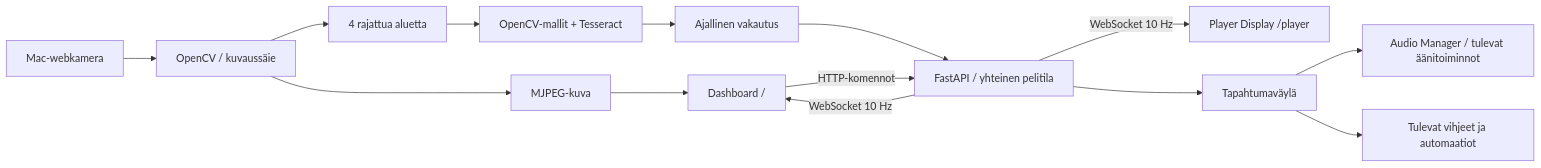
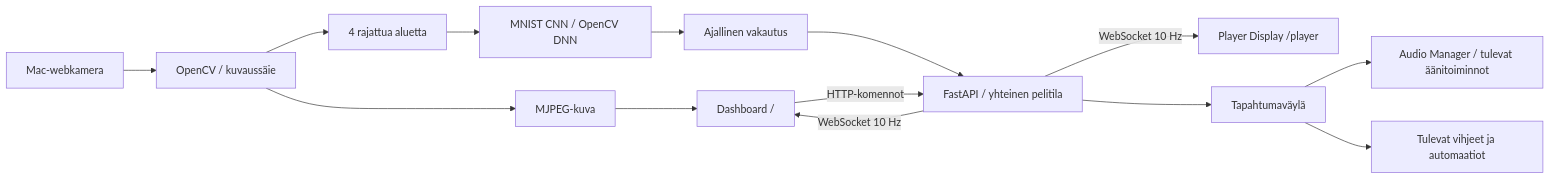
The diagram in docs/ARCHITECTURE.md (Onzkuz10/escape-room-control-system), drawn with Mermaid before and after one commit. The commit also changed other lines of this file and 24 other files, not shown here.

Commit message:
Replace Tesseract with handwritten digit recognition

````diff
--- a/docs/ARCHITECTURE.md
+++ b/docs/ARCHITECTURE.md
@@ -13,16 +13,16 @@
 ```mermaid
 flowchart LR
   Camera[Mac-webkamera] --> Capture[OpenCV / kuvaussäie]
   Capture --> MJPEG[MJPEG-kuva]
   MJPEG --> Dashboard[Dashboard /]
   Capture --> ROI[4 rajattua aluetta]
-  ROI --> Recognition[OpenCV-mallit + Tesseract]
+  ROI --> Recognition[MNIST CNN / OpenCV DNN]
   Recognition --> Stabilizer[Ajallinen vakautus]
   Stabilizer --> State[FastAPI / yhteinen pelitila]
   Dashboard -->|HTTP-komennot| State
   State -->|WebSocket 10 Hz| Dashboard
   State -->|WebSocket 10 Hz| Player[Player Display /player]
   State --> Bus[Tapahtumaväylä]
   Bus --> Audio[Audio Manager / tulevat äänitoiminnot]
   Bus --> Future[Tulevat vihjeet ja automaatiot]
 ```
````
